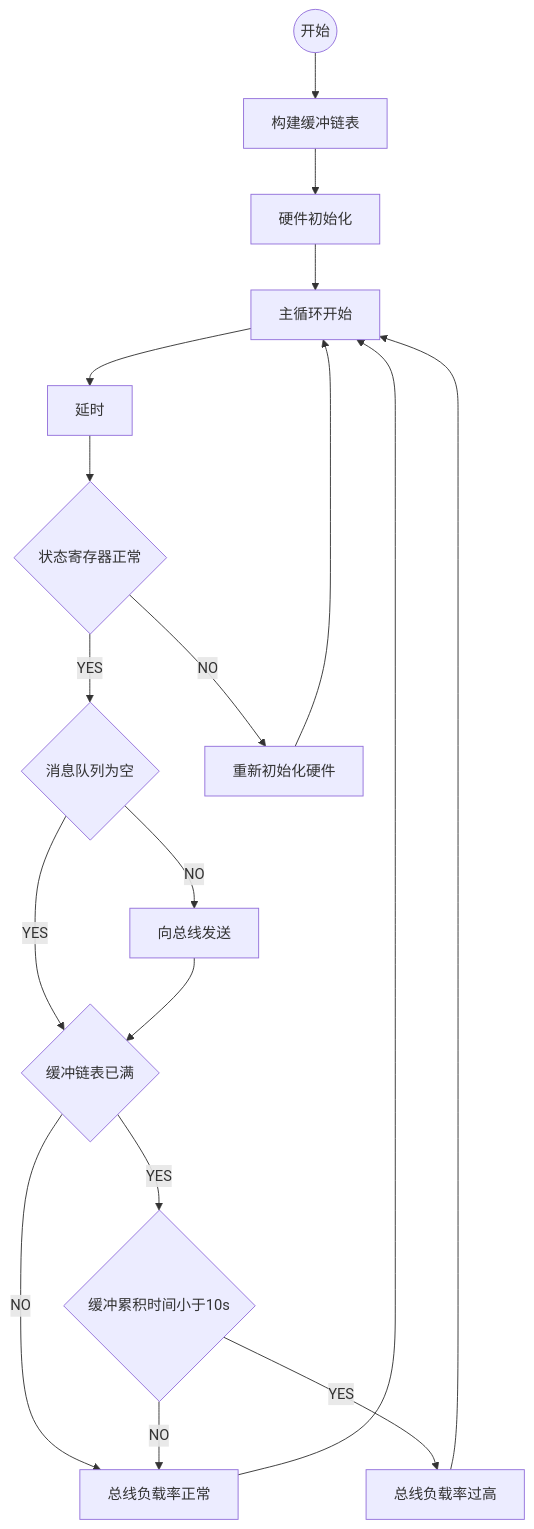
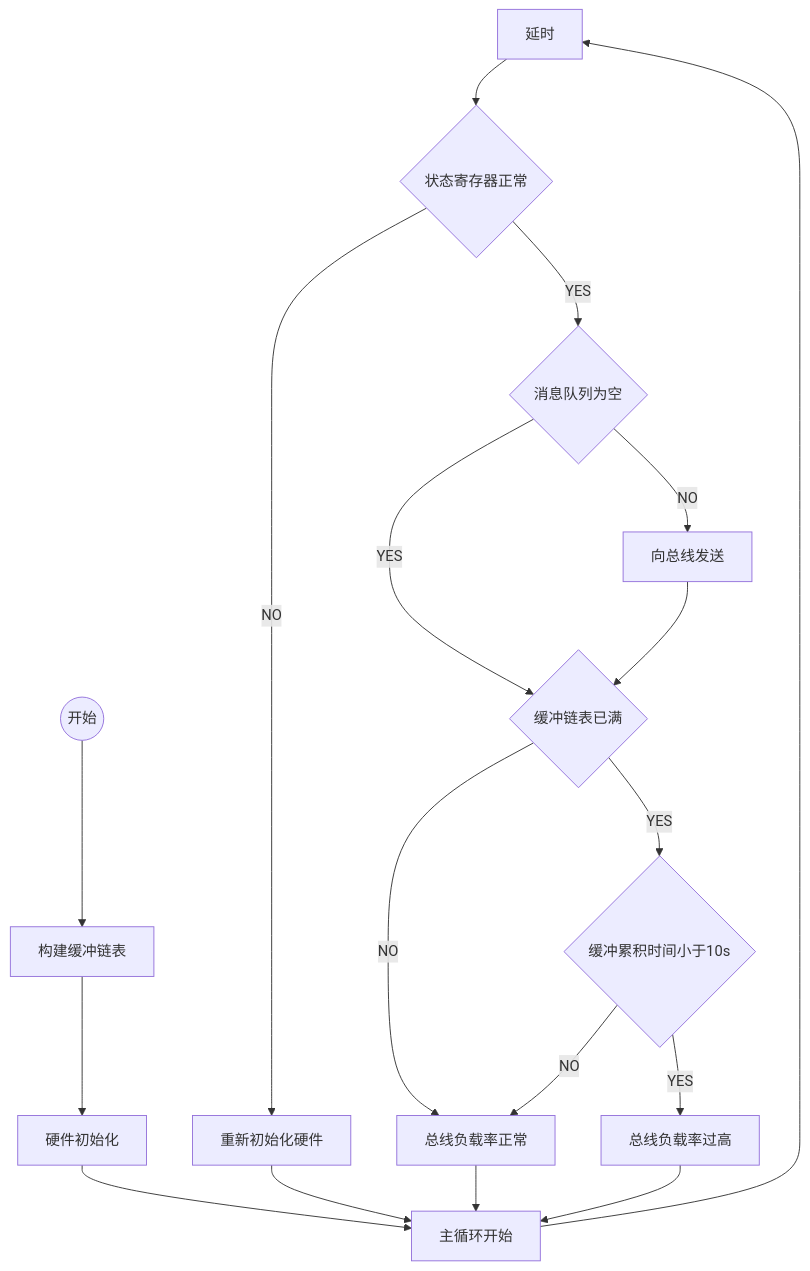
The first of 2 diagrams in doc/can.md (zhangyc999/new-tz-1), drawn with Mermaid before and after one commit. The commit also changed other lines of this file and 3 other files, not shown here.

````diff
--- a/doc/can.md
+++ b/doc/can.md
@@ -1,20 +14,20 @@
 ```mermaid
 graph TB
-      开始((开始))-->构建缓冲链表
-      构建缓冲链表-->硬件初始化
-      硬件初始化-->主循环开始
-      主循环开始-->延时
-      延时-->状态正常{状态寄存器正常}
-      状态正常--YES-->为空{消息队列为空}
-      状态正常--NO-->重新初始化硬件
-      重新初始化硬件-->主循环开始
-      为空--YES-->已满{缓冲链表已满}
-      为空--NO-->向总线发送
-      向总线发送-->已满
-      已满--YES-->小于10s{缓冲累积时间小于10s}
-      已满--NO-->总线负载率正常
-      小于10s--YES-->总线负载率过高
-      小于10s--NO-->总线负载率正常
-      总线负载率正常-->主循环开始
-      总线负载率过高-->主循环开始
+        延时-->状态正常{状态寄存器正常}
+        开始((开始))-->构建缓冲链表
+        构建缓冲链表-->硬件初始化
+        硬件初始化-->主循环开始
+        主循环开始-->延时
+        状态正常--YES-->为空{消息队列为空}
+        状态正常--NO-->重新初始化硬件
+        重新初始化硬件-->主循环开始
+        为空--YES-->已满{缓冲链表已满}
+        为空--NO-->向总线发送
+        向总线发送-->已满
+        已满--YES-->小于10s{缓冲累积时间小于10s}
+        已满--NO-->总线负载率正常
+        小于10s--YES-->总线负载率过高
+        小于10s--NO-->总线负载率正常
+        总线负载率正常-->主循环开始
+        总线负载率过高-->主循环开始
 ```
````
